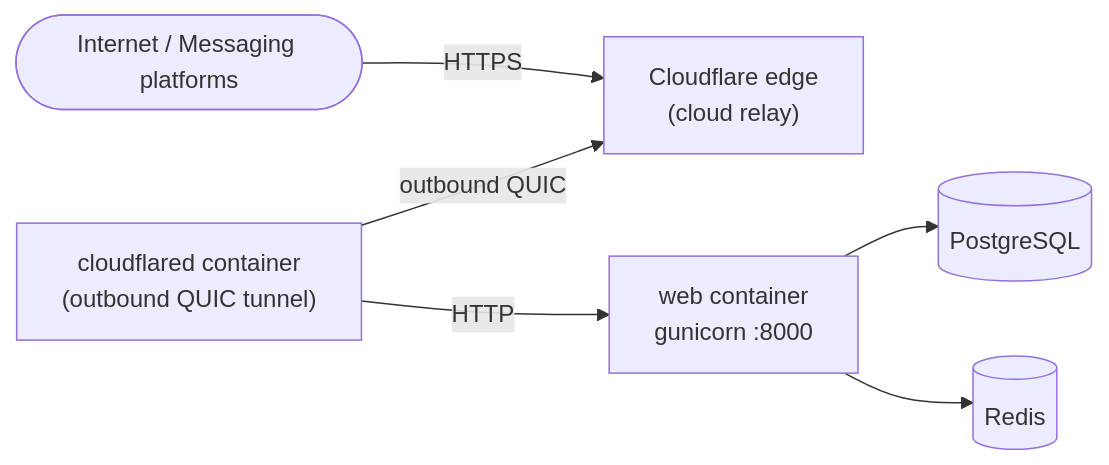
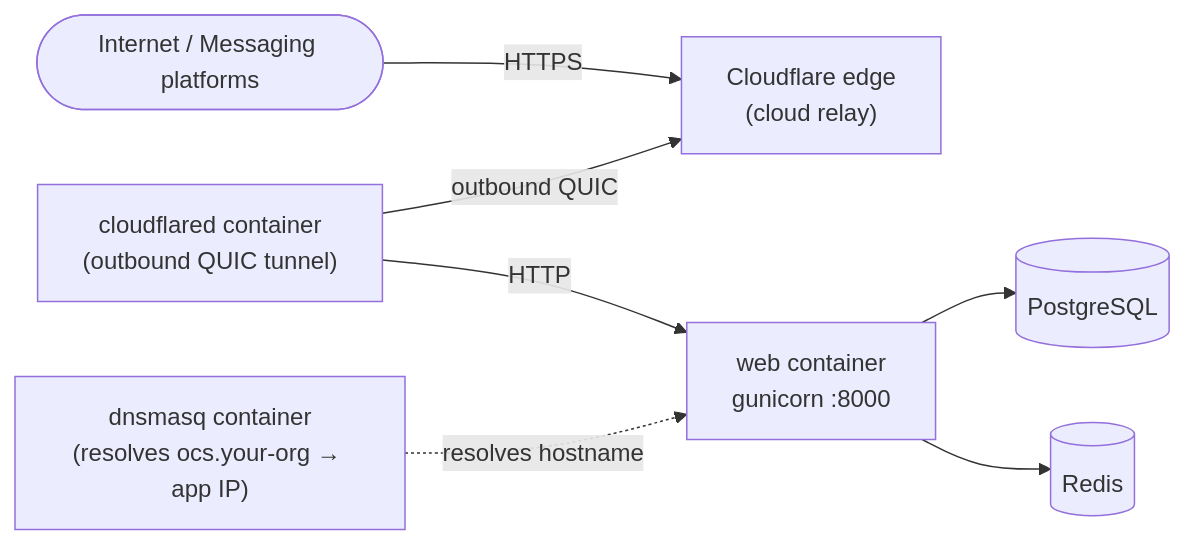
Before and after one commit to dimagi/open-chat-studio: the first of 2 diagrams in docs/hosting/cloudflare_tunnel.md, drawn with Mermaid. The commit also changed other lines of this file and 2 other files, not shown here.

````diff
--- a/docs/hosting/cloudflare_tunnel.md
+++ b/docs/hosting/cloudflare_tunnel.md
@@ -11,15 +13,17 @@
 ```mermaid
 flowchart LR
     Internet([Internet / Messaging platforms])
     CF["Cloudflare edge<br/>(cloud relay)"]
     CFD["cloudflared container<br/>(outbound QUIC tunnel)"]
+    DNS["dnsmasq container<br/>(resolves ocs.your-org → app IP)"]
     WEB["web container<br/>gunicorn :8000"]
     PG[("PostgreSQL")]
     RD[("Redis")]
 
     Internet -->|HTTPS| CF
     CFD -->|outbound QUIC| CF
     CFD -->|HTTP| WEB
+    DNS -.->|resolves hostname| WEB
     WEB --> PG
     WEB --> RD
 ```
````
